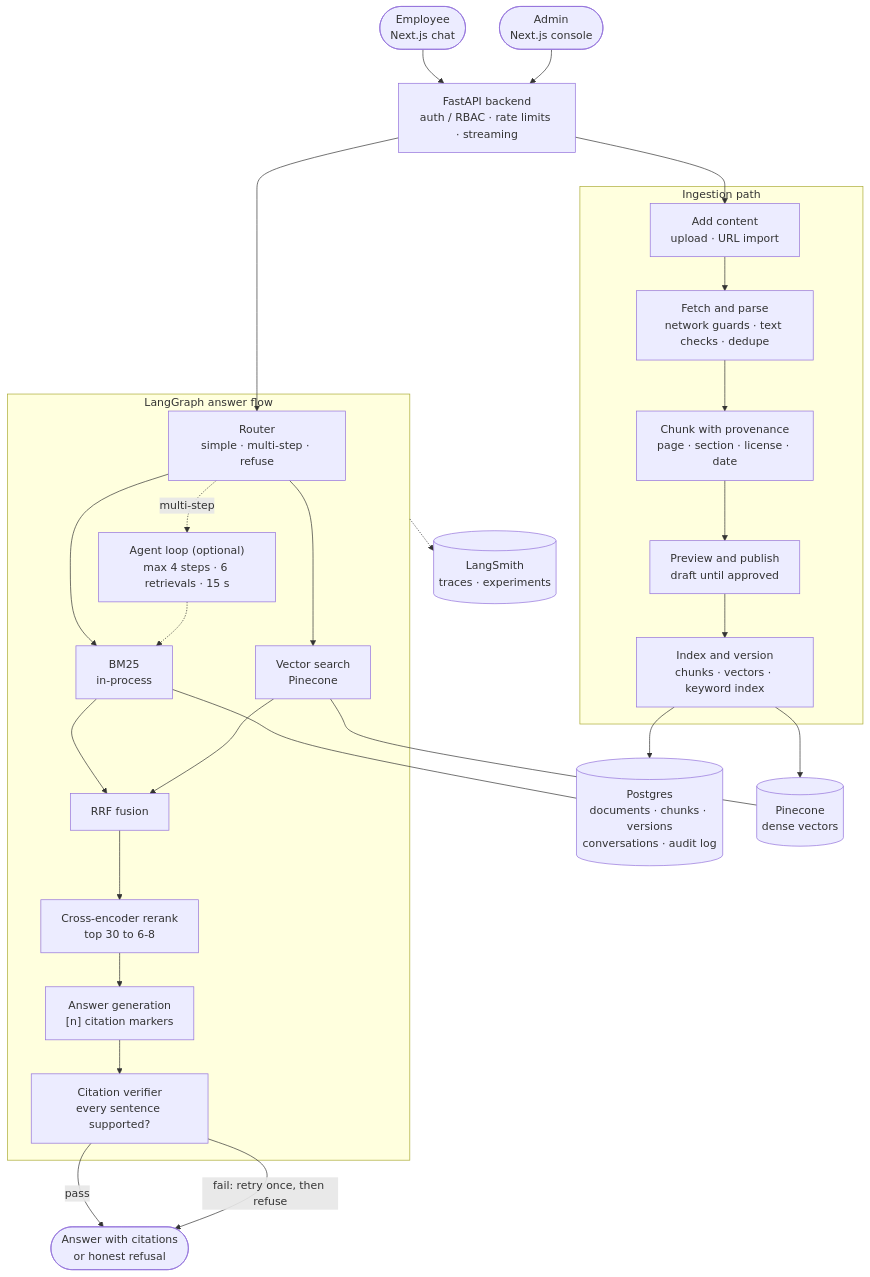
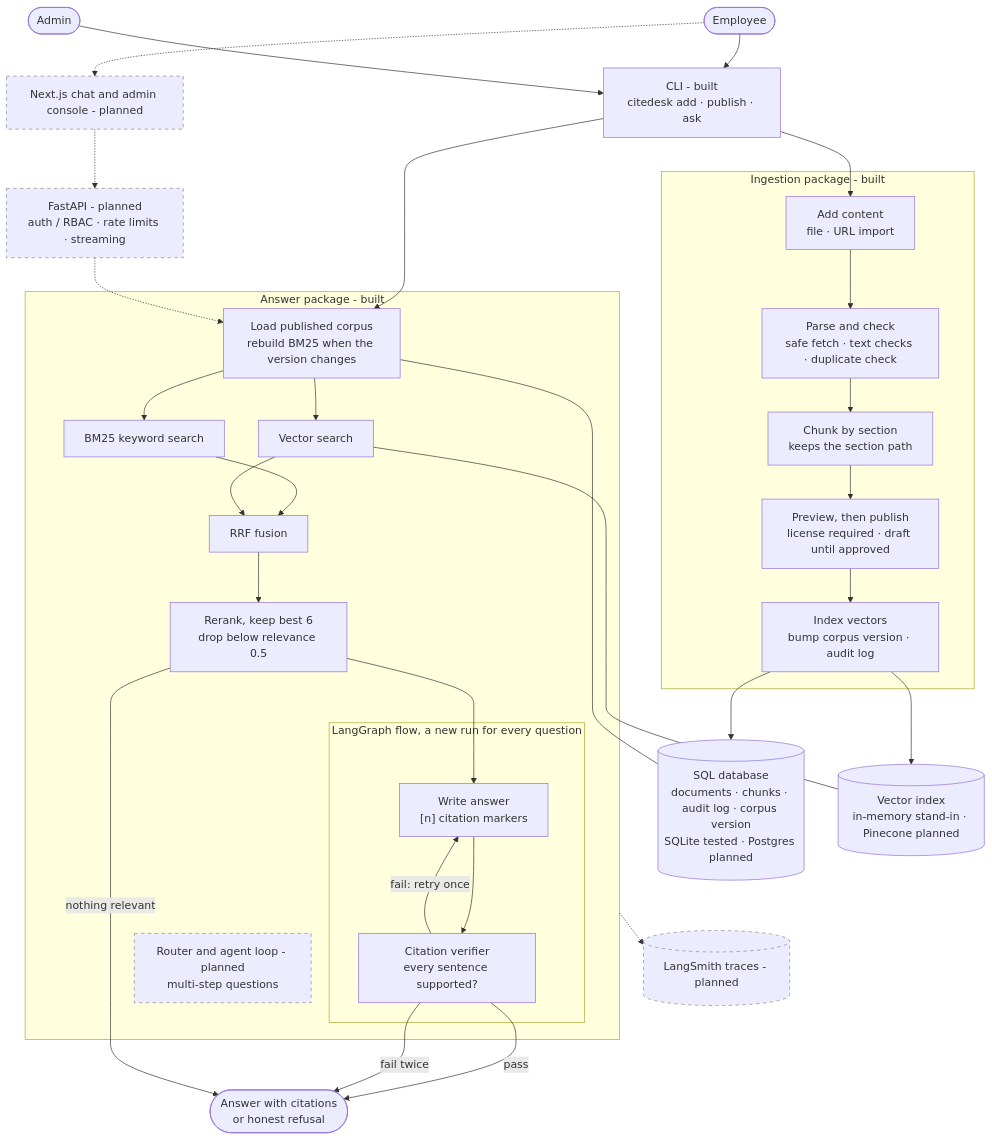
The first of 4 diagrams in README.md (Tevaalgorithms/cite-desk), drawn with Mermaid before and after one commit. The commit also changed other lines of this file and 3 other files, not shown here.

First line of the commit message:
docs: align architecture and sequence diagrams with the implemented code

````diff
--- a/README.md
+++ b/README.md
@@ -140,41 +142,49 @@
 ```mermaid
 graph TB
-    EMP(["Employee<br/>Next.js chat"])
-    ADM(["Admin<br/>Next.js console"])
-    API["FastAPI backend<br/>auth / RBAC · rate limits · streaming"]
+    EMP(["Employee"])
+    ADM(["Admin"])
+    CLI["CLI - built<br/>citedesk add · publish · ask"]
+    WEB["Next.js chat and admin console - planned"]:::planned
+    API["FastAPI - planned<br/>auth / RBAC · rate limits · streaming"]:::planned
 
-    subgraph ING["Ingestion path"]
-        ADD["Add content<br/>upload · URL import"] --> FETCH["Fetch and parse<br/>network guards · text checks · dedupe"] --> CHUNK["Chunk with provenance<br/>page · section · license · date"] --> PUB["Preview and publish<br/>draft until approved"] --> IDX["Index and version<br/>chunks · vectors · keyword index"]
+    subgraph ING["Ingestion package - built"]
+        ADD["Add content<br/>file · URL import"] --> FETCH["Parse and check<br/>safe fetch · text checks · duplicate check"] --> CHUNK["Chunk by section<br/>keeps the section path"] --> PUB["Preview, then publish<br/>license required · draft until approved"] --> IDX["Index vectors<br/>bump corpus version · audit log"]
     end
 
-    subgraph LG["LangGraph answer flow"]
-        ROUTE["Router<br/>simple · multi-step · refuse"]
-        BM["BM25<br/>in-process"]
-        VEC["Vector search<br/>Pinecone"]
+    subgraph ANS["Answer package - built"]
+        LOAD["Load published corpus<br/>rebuild BM25 when the version changes"]
+        BM["BM25 keyword search"]
+        VEC["Vector search"]
         RRF["RRF fusion"]
-        RR["Cross-encoder rerank<br/>top 30 to 6-8"]
-        GEN["Answer generation<br/>[n] citation markers"]
-        VER["Citation verifier<br/>every sentence supported?"]
-        AGT["Agent loop (optional)<br/>max 4 steps · 6 retrievals · 15 s"]
-        ROUTE --> BM & VEC
+        RR["Rerank, keep best 6<br/>drop below relevance 0.5"]
+        subgraph FLOW["LangGraph flow, a new run for every question"]
+            GEN["Write answer<br/>[n] citation markers"]
+            VER["Citation verifier<br/>every sentence supported?"]
+            GEN --> VER
+            VER -- "fail: retry once" --> GEN
+        end
+        ROUTE["Router and agent loop - planned<br/>multi-step questions"]:::planned
+        LOAD --> BM & VEC
         BM --> RRF
         VEC --> RRF
-        RRF --> RR --> GEN --> VER
-        ROUTE -. multi-step .-> AGT -.-> BM
+        RRF --> RR --> GEN
     end
 
-    PG[("Postgres<br/>documents · chunks · versions<br/>conversations · audit log")]
-    PC[("Pinecone<br/>dense vectors")]
+    SQL[("SQL database<br/>documents · chunks · audit log · corpus version<br/>SQLite tested · Postgres planned")]
+    VIDX[("Vector index<br/>in-memory stand-in · Pinecone planned")]
     OUT(["Answer with citations<br/>or honest refusal"])
-    LS[("LangSmith<br/>traces · experiments")]
+    LS[("LangSmith traces - planned")]:::planned
 
-    EMP --> API --> ROUTE
+    EMP --> CLI --> LOAD
+    ADM --> CLI --> ADD
+    EMP -.-> WEB -.-> API -.-> LOAD
     VER -- pass --> OUT
-    VER -- "fail: retry once, then refuse" --> OUT
-    ADM --> API --> ADD
-    IDX --> PG
-    IDX --> PC
-    BM --- PG
-    VEC --- PC
-    LG -.-> LS
+    VER -- "fail twice" --> OUT
+    RR -- "nothing relevant" --> OUT
+    IDX --> SQL
+    IDX --> VIDX
+    LOAD --- SQL
+    VEC --- VIDX
+    ANS -.-> LS
+    classDef planned stroke-dasharray: 5 5,stroke:#888
 ```
````
